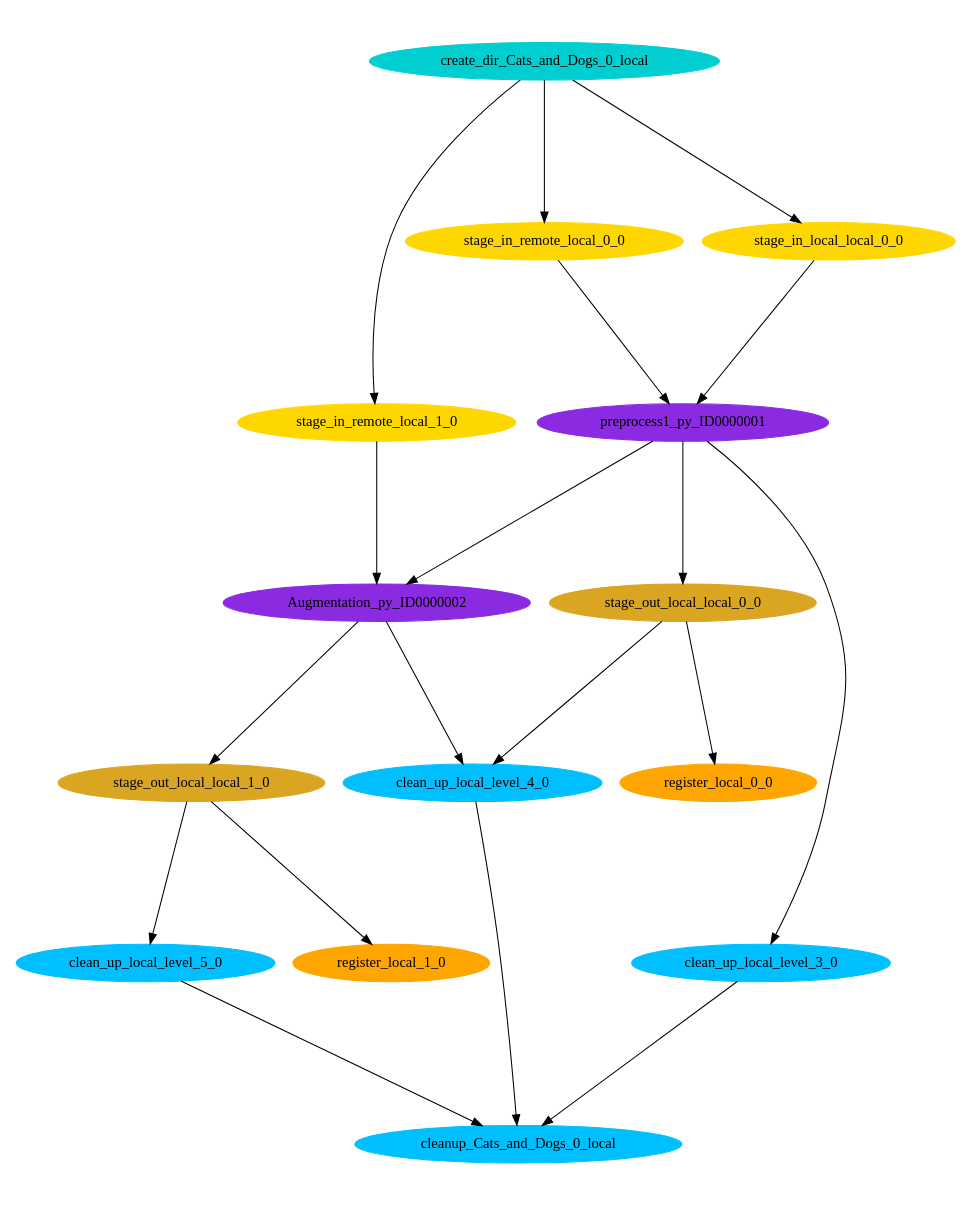
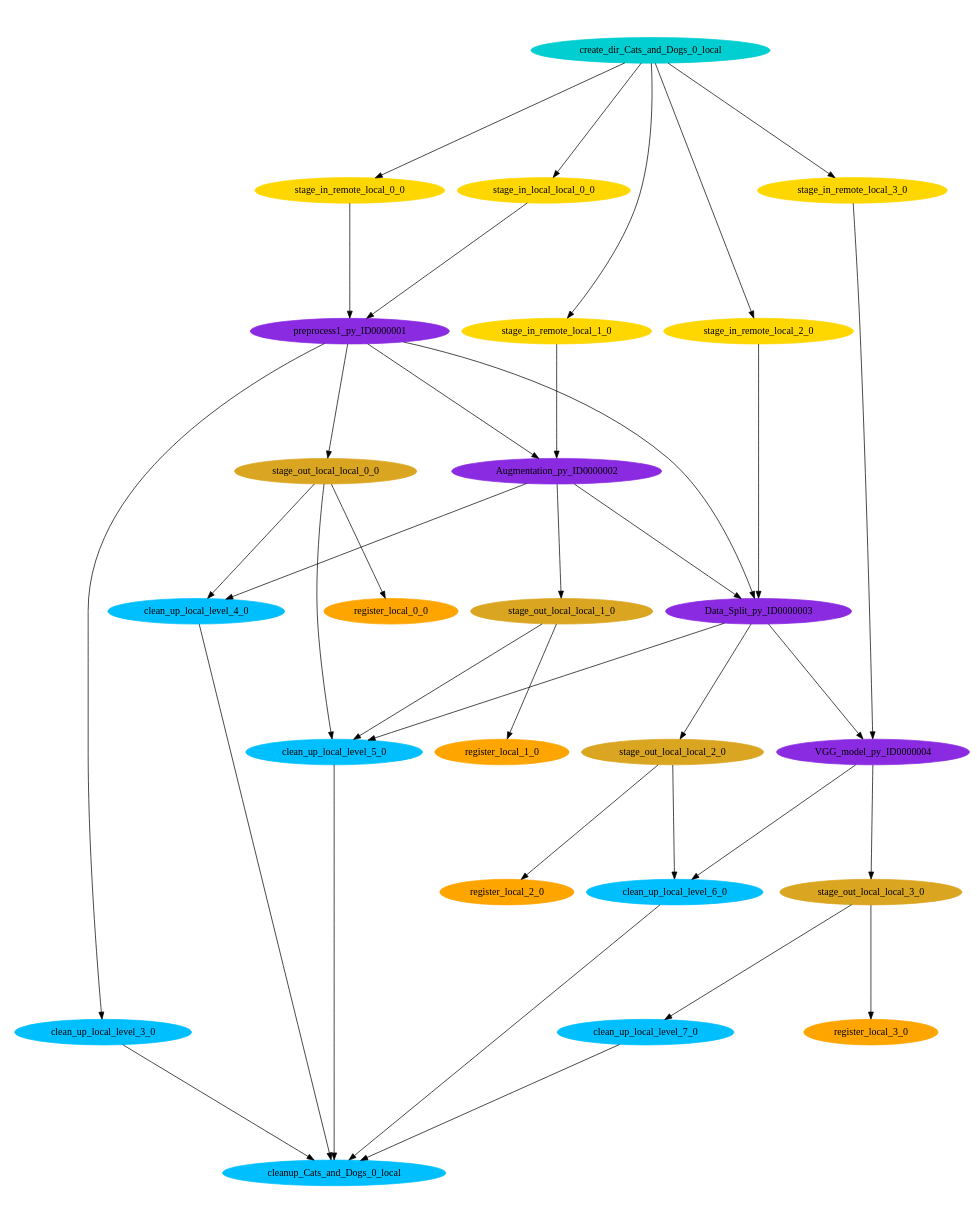
The diagram in shared-data/CatsAndDogs/scitech/pegasus/Cats_and_Dogs/run0002/Cats_and_Dogs-0.dot (ssrujanaa/Scientific-Workflows), drawn with Graphviz before and after one commit. The commit also changed 6433 other files, not shown here.

```diff
--- a/shared-data/CatsAndDogs/scitech/pegasus/Cats_and_Dogs/run0002/Cats_and_Dogs-0.dot
+++ b/shared-data/CatsAndDogs/scitech/pegasus/Cats_and_Dogs/run0002/Cats_and_Dogs-0.dot
@@ -1,39 +1,67 @@
 digraph E {
 size="8.0,10.0"
 ratio=fill
 node [shape=ellipse]
 edge [arrowhead=normal, arrowsize=1.0]
+	"stage_in_remote_local_2_0" [color=gold,style=filled,label="stage_in_remote_local_2_0"]
 	"cleanup_Cats_and_Dogs_0_local" [color=deepskyblue,style=filled,label="cleanup_Cats_and_Dogs_0_local"]
 	"stage_in_remote_local_1_0" [color=gold,style=filled,label="stage_in_remote_local_1_0"]
 	"stage_in_remote_local_0_0" [color=gold,style=filled,label="stage_in_remote_local_0_0"]
+	"stage_out_local_local_3_0" [color=goldenrod,style=filled,label="stage_out_local_local_3_0"]
+	"stage_out_local_local_2_0" [color=goldenrod,style=filled,label="stage_out_local_local_2_0"]
 	"stage_out_local_local_1_0" [color=goldenrod,style=filled,label="stage_out_local_local_1_0"]
 	"clean_up_local_level_3_0" [color=deepskyblue,style=filled,label="clean_up_local_level_3_0"]
 	"preprocess1_py_ID0000001" [color=blueviolet,style=filled,label="preprocess1_py_ID0000001"]
+	"VGG_model_py_ID0000004" [color=blueviolet,style=filled,label="VGG_model_py_ID0000004"]
 	"stage_out_local_local_0_0" [color=goldenrod,style=filled,label="stage_out_local_local_0_0"]
 	"clean_up_local_level_4_0" [color=deepskyblue,style=filled,label="clean_up_local_level_4_0"]
 	"clean_up_local_level_5_0" [color=deepskyblue,style=filled,label="clean_up_local_level_5_0"]
+	"clean_up_local_level_6_0" [color=deepskyblue,style=filled,label="clean_up_local_level_6_0"]
+	"clean_up_local_level_7_0" [color=deepskyblue,style=filled,label="clean_up_local_level_7_0"]
 	"stage_in_local_local_0_0" [color=gold,style=filled,label="stage_in_local_local_0_0"]
 	"Augmentation_py_ID0000002" [color=blueviolet,style=filled,label="Augmentation_py_ID0000002"]
+	"Data_Split_py_ID0000003" [color=blueviolet,style=filled,label="Data_Split_py_ID0000003"]
 	"create_dir_Cats_and_Dogs_0_local" [color=darkturquoise,style=filled,label="create_dir_Cats_and_Dogs_0_local"]
+	"register_local_3_0" [color=orange,style=filled,label="register_local_3_0"]
+	"register_local_2_0" [color=orange,style=filled,label="register_local_2_0"]
 	"register_local_1_0" [color=orange,style=filled,label="register_local_1_0"]
 	"register_local_0_0" [color=orange,style=filled,label="register_local_0_0"]
+	"stage_in_remote_local_3_0" [color=gold,style=filled,label="stage_in_remote_local_3_0"]
 
+	"stage_in_remote_local_2_0" -> "Data_Split_py_ID0000003"
 	"stage_in_remote_local_1_0" -> "Augmentation_py_ID0000002"
 	"stage_in_remote_local_0_0" -> "preprocess1_py_ID0000001"
+	"stage_out_local_local_3_0" -> "register_local_3_0"
+	"stage_out_local_local_3_0" -> "clean_up_local_level_7_0"
+	"stage_out_local_local_2_0" -> "register_local_2_0"
+	"stage_out_local_local_2_0" -> "clean_up_local_level_6_0"
 	"stage_out_local_local_1_0" -> "register_local_1_0"
 	"stage_out_local_local_1_0" -> "clean_up_local_level_5_0"
 	"clean_up_local_level_3_0" -> "cleanup_Cats_and_Dogs_0_local"
 	"preprocess1_py_ID0000001" -> "Augmentation_py_ID0000002"
+	"preprocess1_py_ID0000001" -> "Data_Split_py_ID0000003"
 	"preprocess1_py_ID0000001" -> "clean_up_local_level_3_0"
 	"preprocess1_py_ID0000001" -> "stage_out_local_local_0_0"
+	"VGG_model_py_ID0000004" -> "stage_out_local_local_3_0"
+	"VGG_model_py_ID0000004" -> "clean_up_local_level_6_0"
 	"stage_out_local_local_0_0" -> "register_local_0_0"
 	"stage_out_local_local_0_0" -> "clean_up_local_level_4_0"
+	"stage_out_local_local_0_0" -> "clean_up_local_level_5_0"
 	"clean_up_local_level_4_0" -> "cleanup_Cats_and_Dogs_0_local"
 	"clean_up_local_level_5_0" -> "cleanup_Cats_and_Dogs_0_local"
+	"clean_up_local_level_6_0" -> "cleanup_Cats_and_Dogs_0_local"
+	"clean_up_local_level_7_0" -> "cleanup_Cats_and_Dogs_0_local"
 	"stage_in_local_local_0_0" -> "preprocess1_py_ID0000001"
+	"Augmentation_py_ID0000002" -> "Data_Split_py_ID0000003"
 	"Augmentation_py_ID0000002" -> "stage_out_local_local_1_0"
 	"Augmentation_py_ID0000002" -> "clean_up_local_level_4_0"
+	"Data_Split_py_ID0000003" -> "stage_out_local_local_2_0"
+	"Data_Split_py_ID0000003" -> "VGG_model_py_ID0000004"
+	"Data_Split_py_ID0000003" -> "clean_up_local_level_5_0"
+	"create_dir_Cats_and_Dogs_0_local" -> "stage_in_remote_local_2_0"
 	"create_dir_Cats_and_Dogs_0_local" -> "stage_in_remote_local_1_0"
 	"create_dir_Cats_and_Dogs_0_local" -> "stage_in_remote_local_0_0"
 	"create_dir_Cats_and_Dogs_0_local" -> "stage_in_local_local_0_0"
+	"create_dir_Cats_and_Dogs_0_local" -> "stage_in_remote_local_3_0"
+	"stage_in_remote_local_3_0" -> "VGG_model_py_ID0000004"
 }
```
